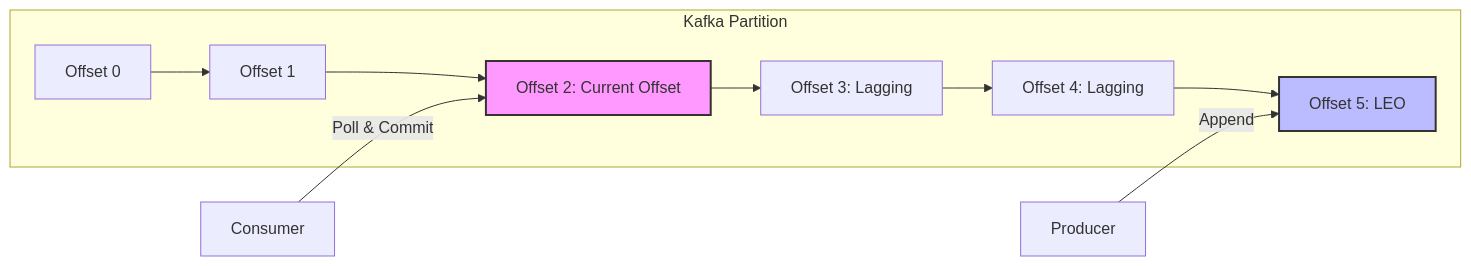
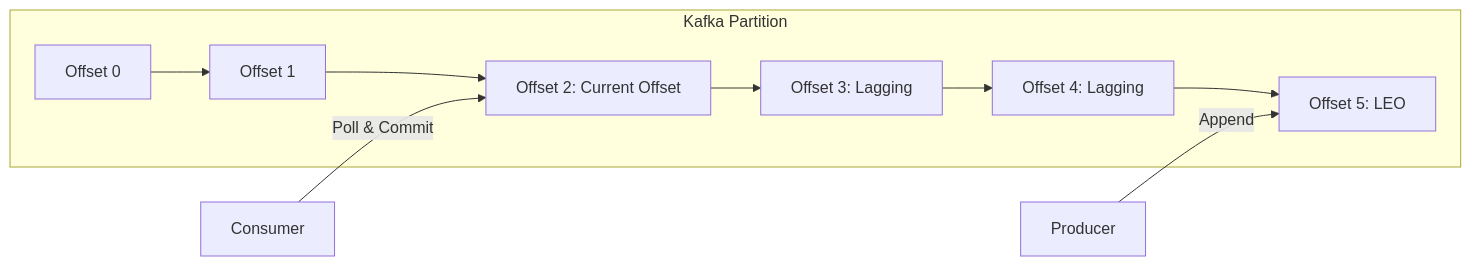
The first of 2 diagrams in src/content/docs/concepts/5-stream-processing-realtime/kafka-consumer-lag-rebalance.md (kythuatdulieu/kythuatdulieu.github.io), drawn with Mermaid before and after one commit. The commit also changed 682 other files, not shown here.

````diff
--- a/src/content/docs/concepts/5-stream-processing-realtime/kafka-consumer-lag-rebalance.md
+++ b/src/content/docs/concepts/5-stream-processing-realtime/kafka-consumer-lag-rebalance.md
@@ -28,15 +28,14 @@
 ```mermaid
 graph LR
     subgraph Kafka Partition
         A["Offset 0"] --> B["Offset 1"]
         B --> C["Offset 2: Current Offset"]
         C --> D["Offset 3: Lagging"]
         D --> E["Offset 4: Lagging"]
         E --> F["Offset 5: LEO"]
     end
     Consumer -- "Poll & Commit" --> C
     Producer -- "Append" --> F
-    
-    style C fill:#f9f,stroke:#333,stroke-width:2px
-    style F fill:#bbf,stroke:#333,stroke-width:2px
+
+
 ```
````
